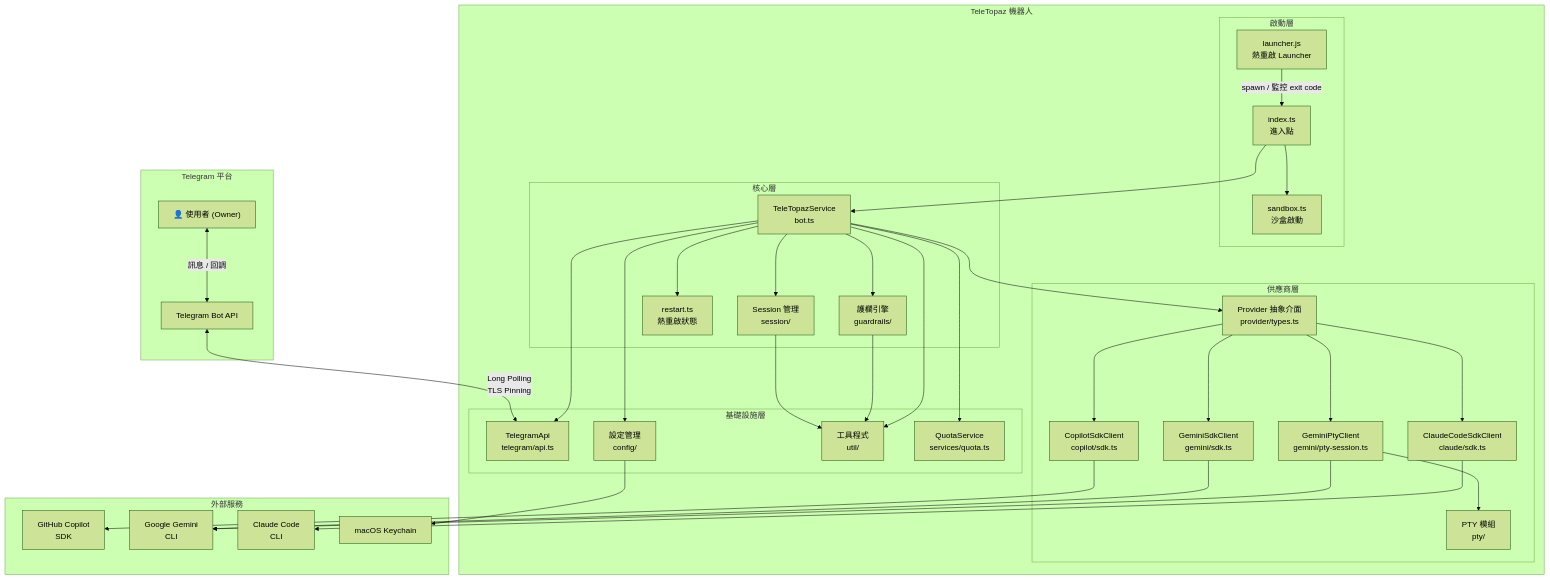
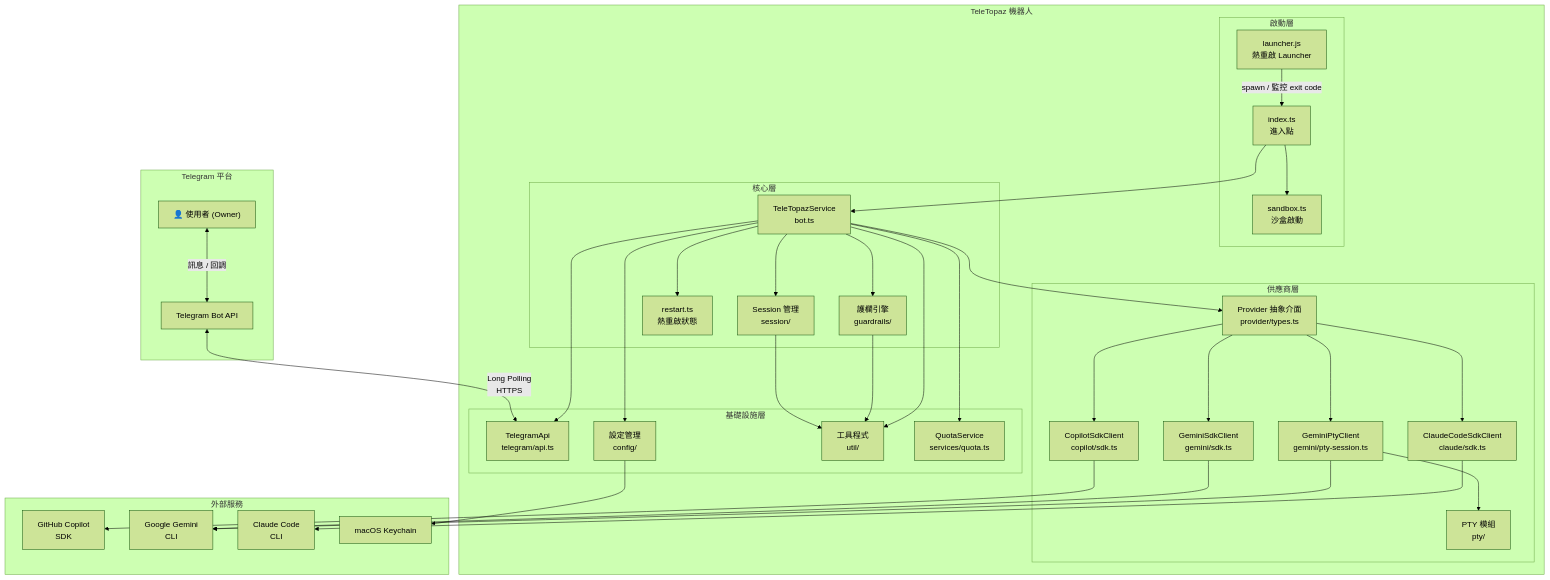
The first of 17 diagrams in spec.md (WeiTopaz/TeleTopaz), drawn with Mermaid (forest theme) before and after one commit. The commit also changed other lines of this file and 20 other files, not shown here.

````diff
--- a/spec.md
+++ b/spec.md
@@ -141,76 +140,76 @@
 ```mermaid
 graph TB
     subgraph Telegram ["Telegram 平台"]
         TG_USER["👤 使用者 (Owner)"]
         TG_API_EXT["Telegram Bot API"]
     end
 
     subgraph TeleTopaz ["TeleTopaz 機器人"]
         subgraph Entry ["啟動層"]
             LAUNCHER["launcher.js<br/>熱重啟 Launcher"]
             INDEX["index.ts<br/>進入點"]
             SANDBOX["sandbox.ts<br/>沙盒啟動"]
         end
 
         subgraph Core ["核心層"]
             BOT["TeleTopazService<br/>bot.ts"]
             SESSION["Session 管理<br/>session/"]
             GUARDRAILS["護欄引擎<br/>guardrails/"]
             RESTART["restart.ts<br/>熱重啟狀態"]
         end
 
         subgraph Provider ["供應商層"]
             PROVIDER_TYPES["Provider 抽象介面<br/>provider/types.ts"]
             COPILOT["CopilotSdkClient<br/>copilot/sdk.ts"]
             GEMINI["GeminiSdkClient<br/>gemini/sdk.ts"]
             GEMINI_PTY["GeminiPtyClient<br/>gemini/pty-session.ts"]
             CLAUDE["ClaudeCodeSdkClient<br/>claude/sdk.ts"]
             PTY["PTY 模組<br/>pty/"]
         end
 
         subgraph Infra ["基礎設施層"]
             TG_WRAP["TelegramApi<br/>telegram/api.ts"]
             CONFIG["設定管理<br/>config/"]
             UTIL["工具程式<br/>util/"]
             QUOTA["QuotaService<br/>services/quota.ts"]
         end
     end
 
     subgraph External ["外部服務"]
         GH_COPILOT["GitHub Copilot<br/>SDK"]
         GOOGLE_GEMINI["Google Gemini<br/>CLI"]
         CLAUDE_CLI["Claude Code<br/>CLI"]
         KEYCHAIN["macOS Keychain"]
     end
 
     TG_USER <-->|訊息 / 回調| TG_API_EXT
-    TG_API_EXT <-->|Long Polling<br/>TLS Pinning| TG_WRAP
+    TG_API_EXT <-->|Long Polling<br/>HTTPS| TG_WRAP
 
     LAUNCHER -->|spawn / 監控 exit code| INDEX
     INDEX --> SANDBOX
     INDEX --> BOT
 
     BOT --> SESSION
     BOT --> GUARDRAILS
     BOT --> RESTART
     BOT --> TG_WRAP
     BOT --> CONFIG
     BOT --> QUOTA
     BOT --> PROVIDER_TYPES
 
     PROVIDER_TYPES --> COPILOT
     PROVIDER_TYPES --> GEMINI
     PROVIDER_TYPES --> GEMINI_PTY
     PROVIDER_TYPES --> CLAUDE
 
     COPILOT --> GH_COPILOT
     GEMINI --> GOOGLE_GEMINI
     GEMINI_PTY --> PTY
     GEMINI_PTY --> GOOGLE_GEMINI
     CLAUDE --> CLAUDE_CLI
     CONFIG --> KEYCHAIN
 
     SESSION --> UTIL
     GUARDRAILS --> UTIL
     BOT --> UTIL
 ```
````
